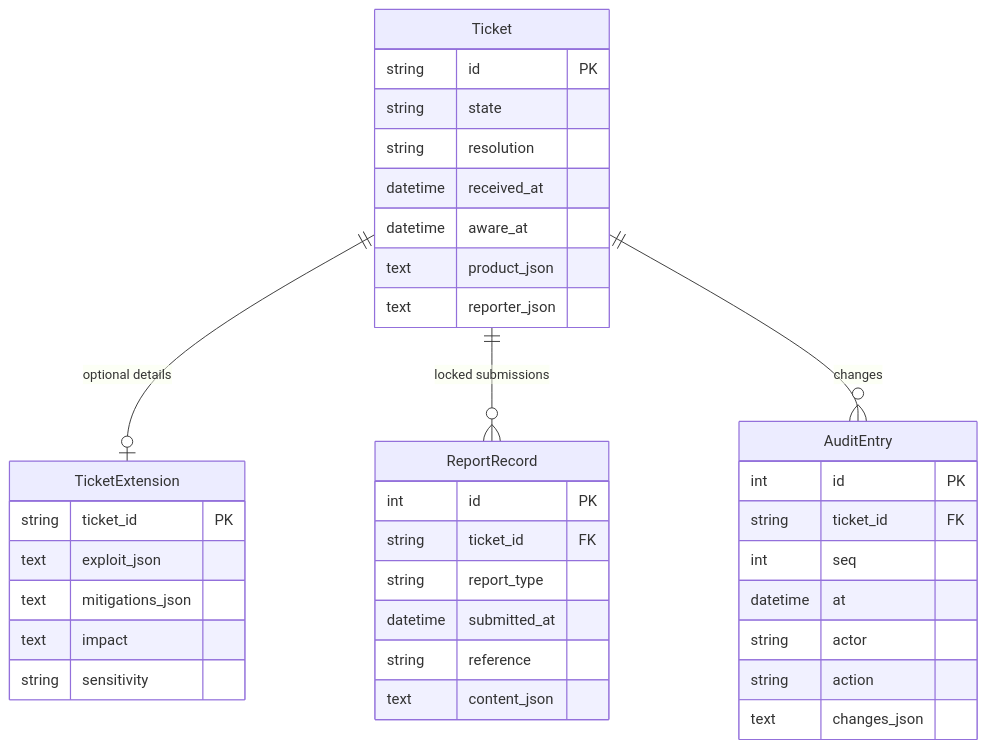
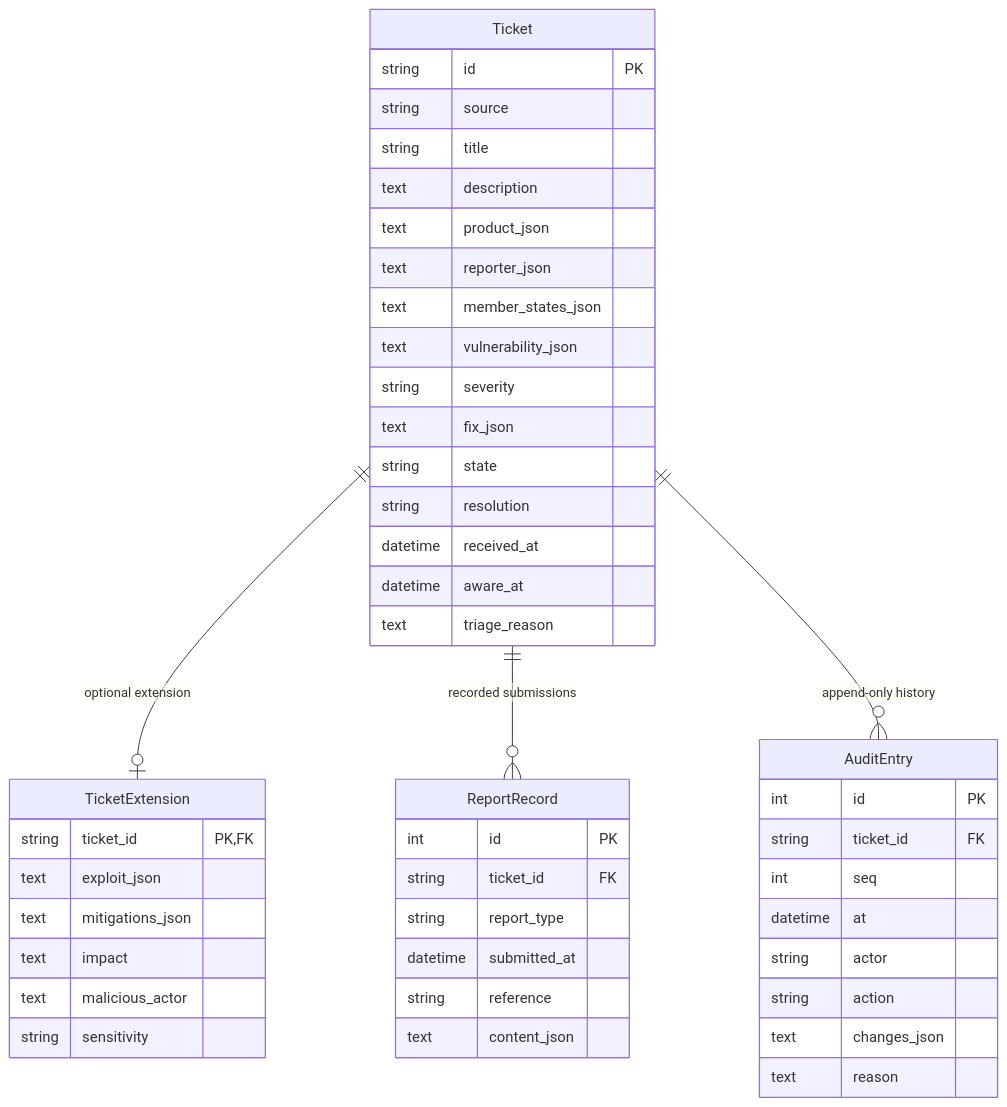
One commit to WConrad44/cra-reporting-service changed the second of 3 diagrams in docs/phase5-models.md. Above: the diagram before and after it, drawn with Mermaid. The commit also changed other lines of this file, not shown here.

Commit message:
Complete Phase 5 ER columns and show integrated FastAPI validation with coverage instrumentation

````diff
--- a/docs/phase5-models.md
+++ b/docs/phase5-models.md
@@ -39,39 +41,49 @@
 ```mermaid
 erDiagram
-    Ticket ||--o| TicketExtension : "optional details"
-    Ticket ||--o{ ReportRecord : "locked submissions"
-    Ticket ||--o{ AuditEntry : "changes"
+    Ticket ||--o| TicketExtension : "optional extension"
+    Ticket ||--o{ ReportRecord : "recorded submissions"
+    Ticket ||--o{ AuditEntry : "append-only history"
     Ticket {
         string id PK
+        string source
+        string title
+        text description
+        text product_json
+        text reporter_json
+        text member_states_json
+        text vulnerability_json
+        string severity
+        text fix_json
         string state
         string resolution
         datetime received_at
         datetime aware_at
-        text product_json
-        text reporter_json
+        text triage_reason
     }
     TicketExtension {
-        string ticket_id PK
+        string ticket_id PK,FK
         text exploit_json
         text mitigations_json
         text impact
+        text malicious_actor
         string sensitivity
     }
     ReportRecord {
         int id PK
         string ticket_id FK
         string report_type
         datetime submitted_at
         string reference
         text content_json
     }
     AuditEntry {
         int id PK
         string ticket_id FK
         int seq
         datetime at
         string actor
         string action
         text changes_json
+        text reason
     }
 ```
````
